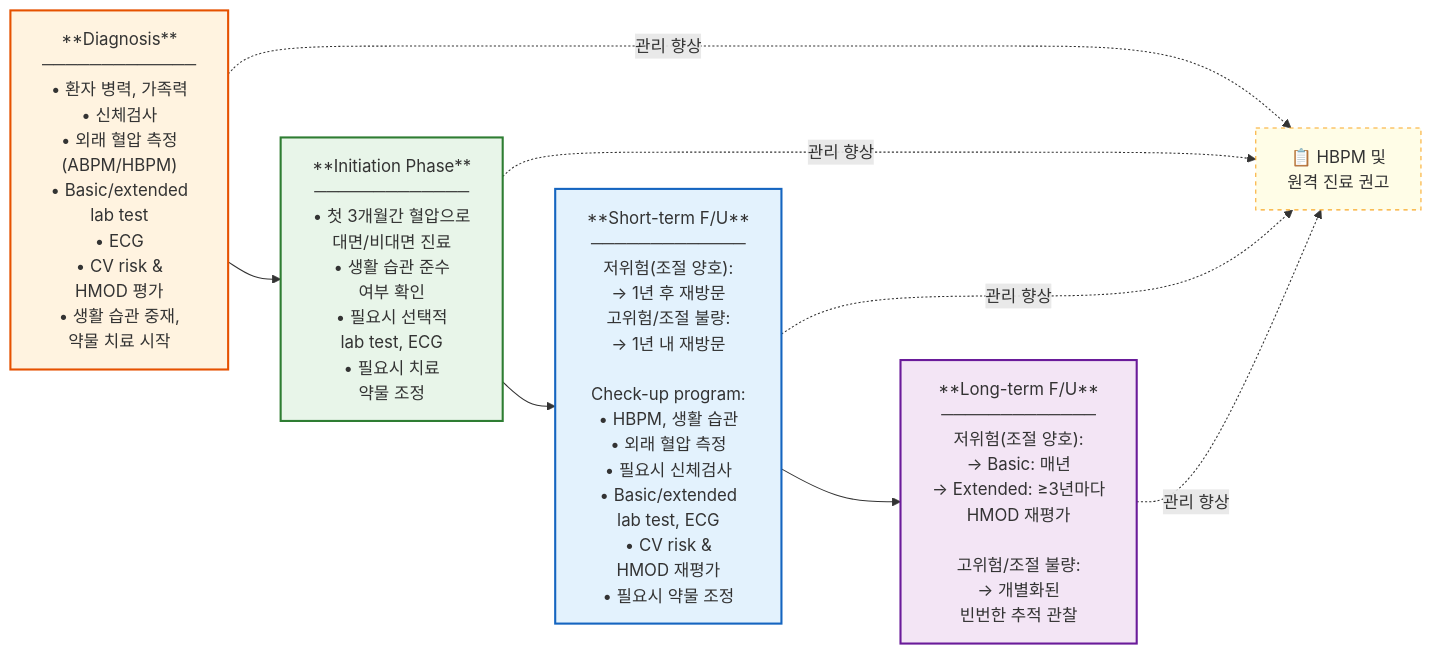
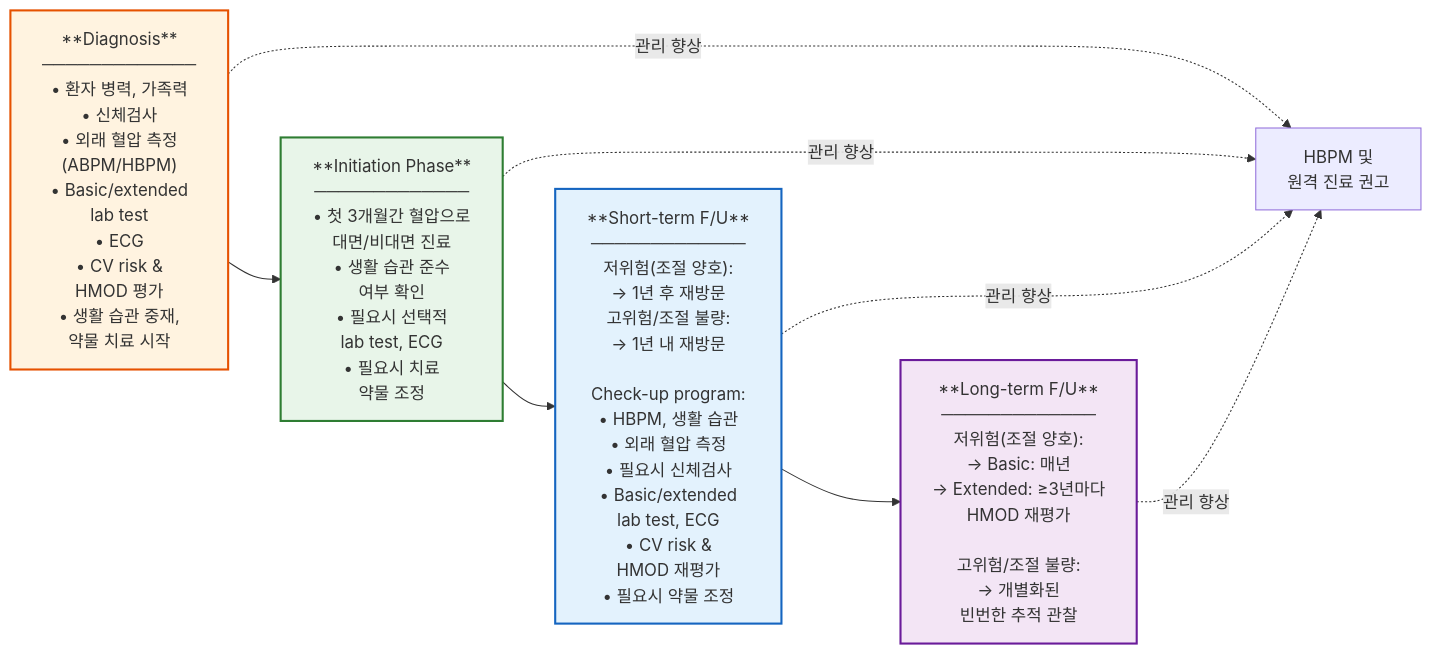
Before and after one commit to familyoh77/familyoh77: the sixth of 6 diagrams in 225_/095_-hypertension.md, drawn with Mermaid. The commit also changed other lines of this file, not shown here.

````diff
--- a/225_/095_-hypertension.md
+++ b/225_/095_-hypertension.md
@@ -1324,69 +1318,69 @@
 ```mermaid
 flowchart LR
     A["**Diagnosis**
     ─────────────
     • 환자 병력, 가족력
     • 신체검사
     • 외래 혈압 측정
       (ABPM/HBPM)
     • Basic/extended
       lab test
     • ECG
     • CV risk &
       HMOD 평가
     • 생활 습관 중재,
       약물 치료 시작"]
 
     B["**Initiation Phase**
     ─────────────
     • 첫 3개월간 혈압으로
       대면/비대면 진료
     • 생활 습관 준수
       여부 확인
     • 필요시 선택적
       lab test, ECG
     • 필요시 치료
       약물 조정"]
 
     C["**Short-term F/U**
     ─────────────
     저위험(조절 양호):
     → 1년 후 재방문
     고위험/조절 불량:
     → 1년 내 재방문
 
     Check-up program:
     • HBPM, 생활 습관
     • 외래 혈압 측정
     • 필요시 신체검사
     • Basic/extended
       lab test, ECG
     • CV risk &
       HMOD 재평가
     • 필요시 약물 조정"]
 
     D["**Long-term F/U**
     ─────────────
     저위험(조절 양호):
     → Basic: 매년
     → Extended: ≥3년마다
       HMOD 재평가
 
     고위험/조절 불량:
     → 개별화된
       빈번한 추적 관찰"]
 
     A --> B --> C --> D
 
-    E["📋 HBPM 및 <br/>원격 진료 권고"]
+    E["HBPM 및 <br/>원격 진료 권고"]
     A -. "관리 향상" .-> E
     B -. "관리 향상" .-> E
     C -. "관리 향상" .-> E
     D -. "관리 향상" .-> E
 
     style A fill:#fff3e0,stroke:#e65100,stroke-width:2px
     style B fill:#e8f5e9,stroke:#2e7d32,stroke-width:2px
     style C fill:#e3f2fd,stroke:#1565c0,stroke-width:2px
     style D fill:#f3e5f5,stroke:#6a1b9a,stroke-width:2px
-    style E fill:#fffde7,stroke:#f9a825,stroke-width:1px,stroke-dasharray:4
+
 ```
````
